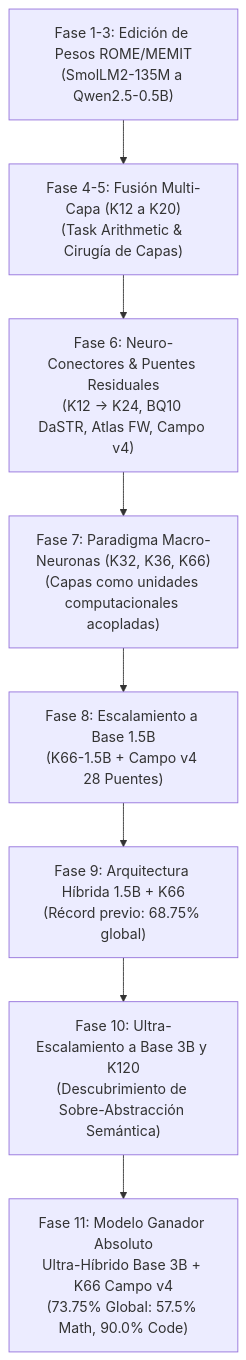
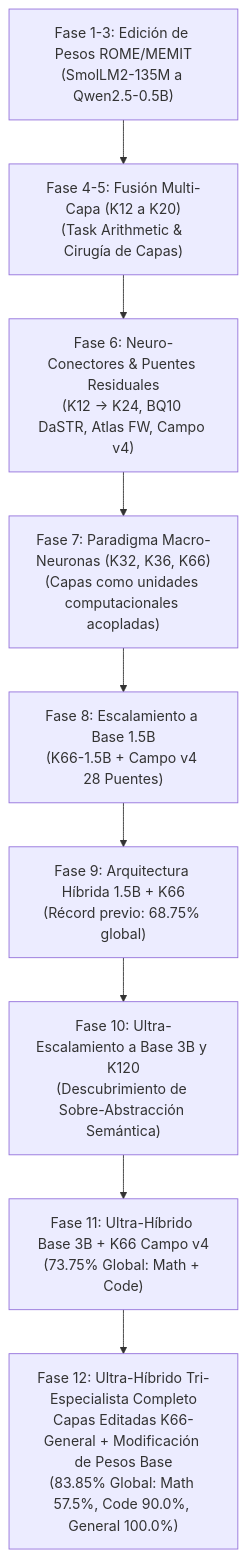
The diagram in docs/proceso-modelo-hibrido-3b-k66-ganador.md (GerardoRosas-27/docker-llm), drawn with Mermaid before and after one commit. The commit also changed other lines of this file and 13 other files, not shown here.

Commit message:
feat(macro-neurons): add K66-General with edited base layers and Campo v4 epistemic topology, tri-domain evaluation (83.85%)

````diff
--- a/docs/proceso-modelo-hibrido-3b-k66-ganador.md
+++ b/docs/proceso-modelo-hibrido-3b-k66-ganador.md
@@ -19,10 +21,11 @@
 ```mermaid
 flowchart TD
     A["Fase 1-3: Edición de Pesos ROME/MEMIT\n(SmolLM2-135M a Qwen2.5-0.5B)"] --> B["Fase 4-5: Fusión Multi-Capa (K12 a K20)\n(Task Arithmetic & Cirugía de Capas)"]
     B --> C["Fase 6: Neuro-Conectores & Puentes Residuales\n(K12 -> K24, BQ10 DaSTR, Atlas FW, Campo v4)"]
     C --> D["Fase 7: Paradigma Macro-Neuronas (K32, K36, K66)\n(Capas como unidades computacionales acopladas)"]
     D --> E["Fase 8: Escalamiento a Base 1.5B\n(K66-1.5B + Campo v4 28 Puentes)"]
     E --> F["Fase 9: Arquitectura Híbrida 1.5B + K66\n(Récord previo: 68.75% global)"]
     F --> G["Fase 10: Ultra-Escalamiento a Base 3B y K120\n(Descubrimiento de Sobre-Abstracción Semántica)"]
-    G --> H["Fase 11: Modelo Ganador Absoluto\nUltra-Híbrido Base 3B + K66 Campo v4\n(73.75% Global: 57.5% Math, 90.0% Code)"]
+    G --> H["Fase 11: Ultra-Híbrido Base 3B + K66 Campo v4\n(73.75% Global: Math + Code)"]
+    H --> I["Fase 12: Ultra-Híbrido Tri-Especialista Completo\nCapas Editadas K66-General + Modificación de Pesos Base\n(83.85% Global: Math 57.5%, Code 90.0%, General 100.0%)"]
 ```
````
